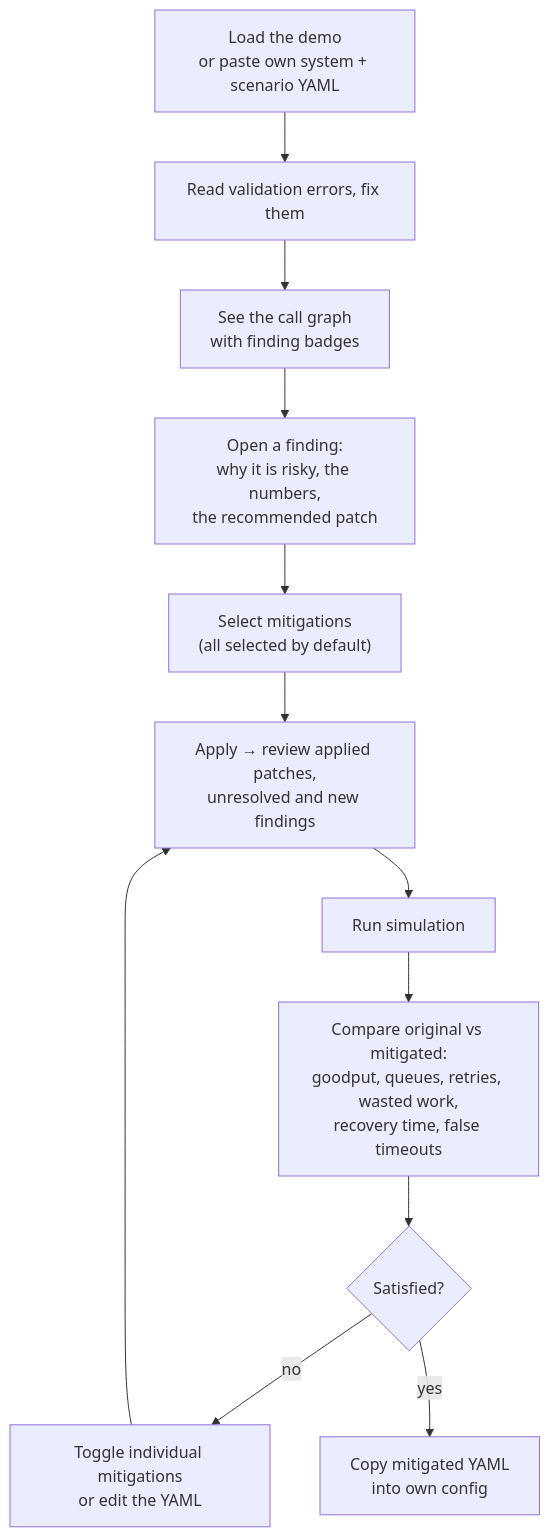
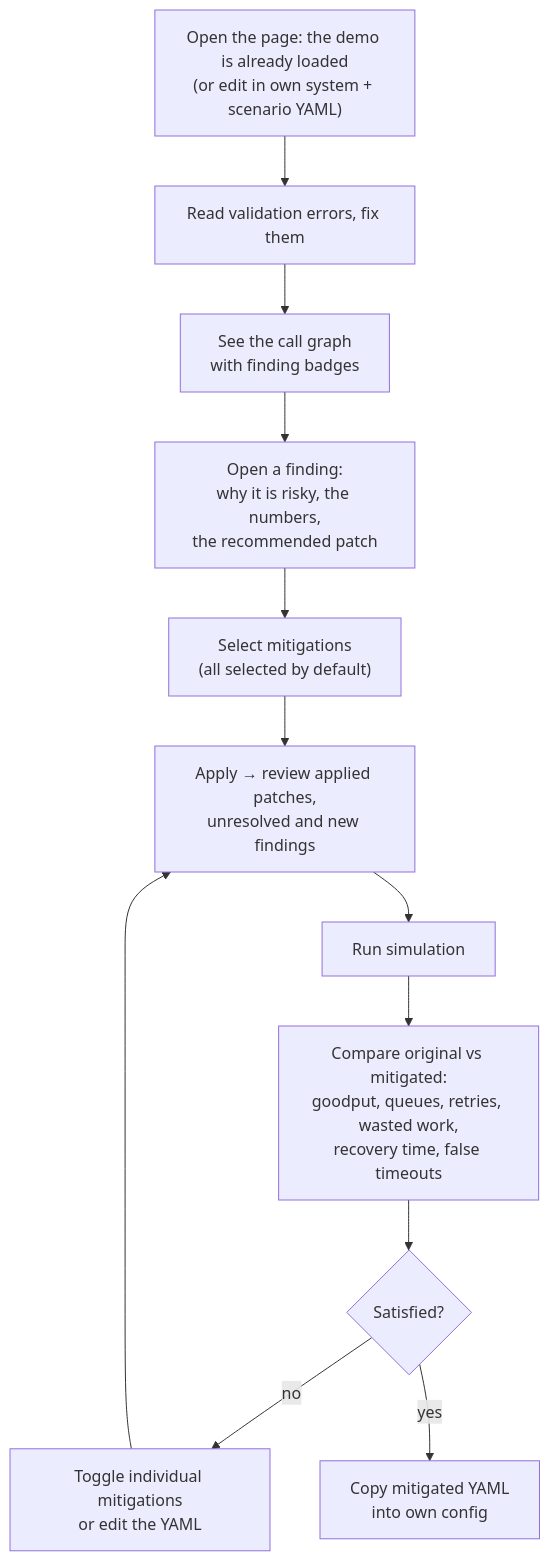
Before and after one commit to rgrandl/config-analyzer: the second of 6 diagrams in DESIGN.md, drawn with Mermaid. The commit also changed other lines of this file and 14 other files, not shown here.

First line of the commit message:
Add the UI: config editor, call graph, findings and mitigation

````diff
--- a/DESIGN.md
+++ b/DESIGN.md
@@ -70,14 +70,14 @@
 ```mermaid
 flowchart TD
-    J1["Load the demo<br/>or paste own system + scenario YAML"] --> J2["Read validation errors, fix them"]
+    J1["Open the page: the demo is already loaded<br/>(or edit in own system + scenario YAML)"] --> J2["Read validation errors, fix them"]
     J2 --> J3["See the call graph<br/>with finding badges"]
     J3 --> J4["Open a finding:<br/>why it is risky, the numbers,<br/>the recommended patch"]
     J4 --> J5["Select mitigations<br/>(all selected by default)"]
     J5 --> J6["Apply → review applied patches,<br/>unresolved and new findings"]
     J6 --> J7["Run simulation"]
     J7 --> J8["Compare original vs mitigated:<br/>goodput, queues, retries, wasted work,<br/>recovery time, false timeouts"]
     J8 --> J9{"Satisfied?"}
     J9 -->|no| J10["Toggle individual mitigations<br/>or edit the YAML"]
     J10 --> J6
     J9 -->|yes| J11["Copy mitigated YAML<br/>into own config"]
 ```
````
